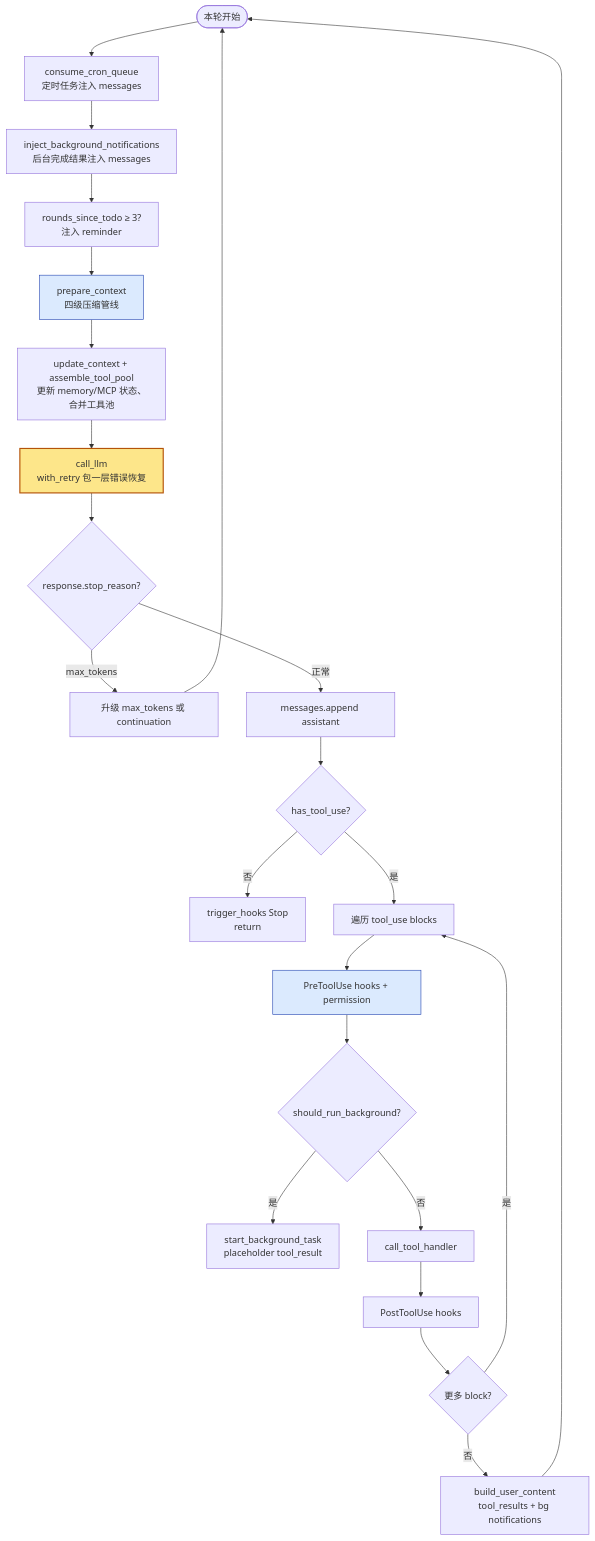
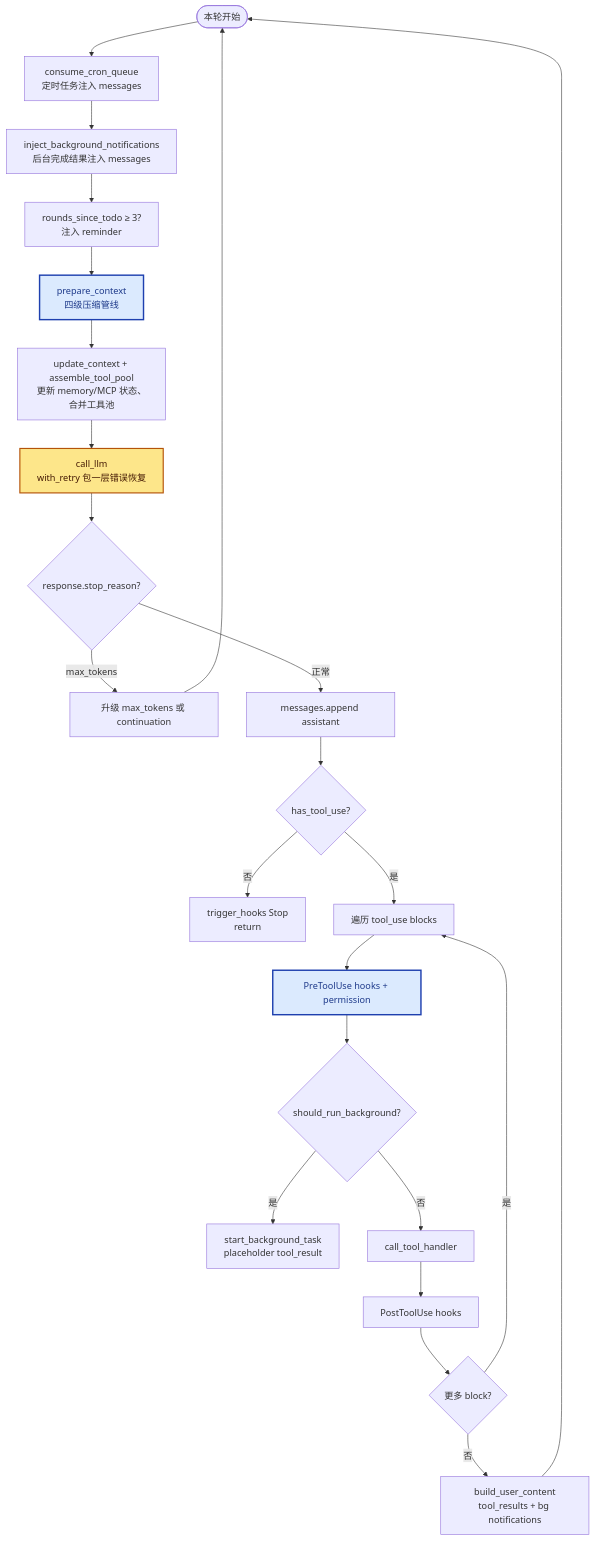
One commit to PyrePuin/From-Zero-LLM-Agent-Infra-Notes changed the first of 2 diagrams in Agent/Harness/Claude Code/Phase 6 - 扩展与组装/20 - Comprehensive Agent.md. Above: the diagram before and after it, drawn with Mermaid. The commit also changed other lines of this file and 23 other files, not shown here.

First line of the commit message:
refactor(mermaid): 统一所有图的视觉规范

````diff
--- a/Agent/Harness/Claude Code/Phase 6 - 扩展与组装/20 - Comprehensive Agent.md
+++ b/Agent/Harness/Claude Code/Phase 6 - 扩展与组装/20 - Comprehensive Agent.md
@@ -88,28 +88,29 @@
 ```mermaid
+%%{init: {'themeVariables': {'fontSize': '16px', 'fontFamily': 'ui-sans-serif, system-ui, -apple-system, "Segoe UI", Roboto, sans-serif'}}}%%
 flowchart TD
     Start([本轮开始]) --> Cron["consume_cron_queue<br/>定时任务注入 messages"]
     Cron --> BG["inject_background_notifications<br/>后台完成结果注入 messages"]
     BG --> Todo["rounds_since_todo ≥ 3?<br/>注入 reminder"]
     Todo --> Prep["prepare_context<br/>四级压缩管线"]
     Prep --> Ctx["update_context + assemble_tool_pool<br/>更新 memory/MCP 状态、合并工具池"]
     Ctx --> Call["call_llm<br/>with_retry 包一层错误恢复"]
     Call --> Check{response.stop_reason?}
     Check -->|"max_tokens"| Esc["升级 max_tokens 或 continuation"]
     Check -->|"正常"| Append["messages.append assistant"]
     Append --> HasTool{has_tool_use?}
     HasTool -->|"否"| Stop["trigger_hooks Stop<br/>return"]
     HasTool -->|"是"| Loop["遍历 tool_use blocks"]
     Loop --> P1["PreToolUse hooks + permission"]
     P1 --> BG2{"should_run_background?"}
     BG2 -->|"是"| BGDisp["start_background_task<br/>placeholder tool_result"]
     BG2 -->|"否"| Exec["call_tool_handler"]
     Exec --> P2["PostToolUse hooks"]
     P2 --> Next{更多 block?}
     Next -->|"是"| Loop
     Next -->|"否"| Build["build_user_content<br/>tool_results + bg notifications"]
     Build --> Start
     Esc --> Start
-    style Call fill:#fde68a,stroke:#b45309,stroke-width:2px
-    style Prep fill:#dbeafe,stroke:#1e40af
-    style P1 fill:#dbeafe,stroke:#1e40af
+    style Call fill:#fde68a,stroke:#b45309,stroke-width:2px,color:#451a03
+    style Prep fill:#dbeafe,stroke:#1e40af,stroke-width:2.5px,color:#1e3a8a
+    style P1 fill:#dbeafe,stroke:#1e40af,stroke-width:2.5px,color:#1e3a8a
 ```
````
